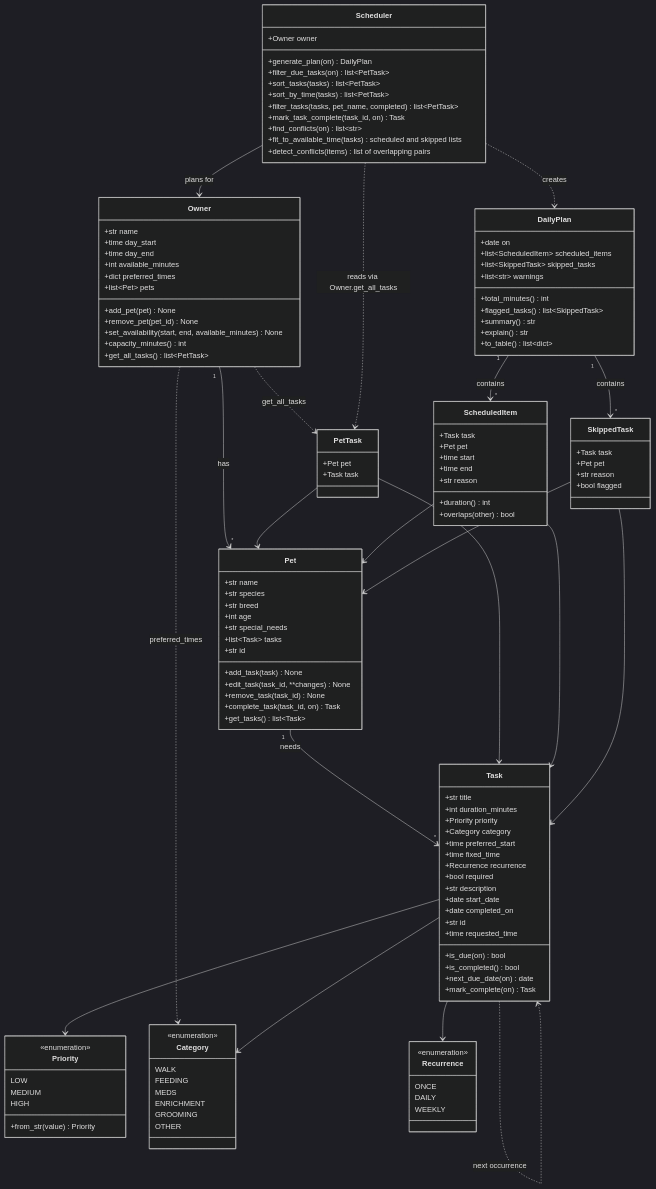
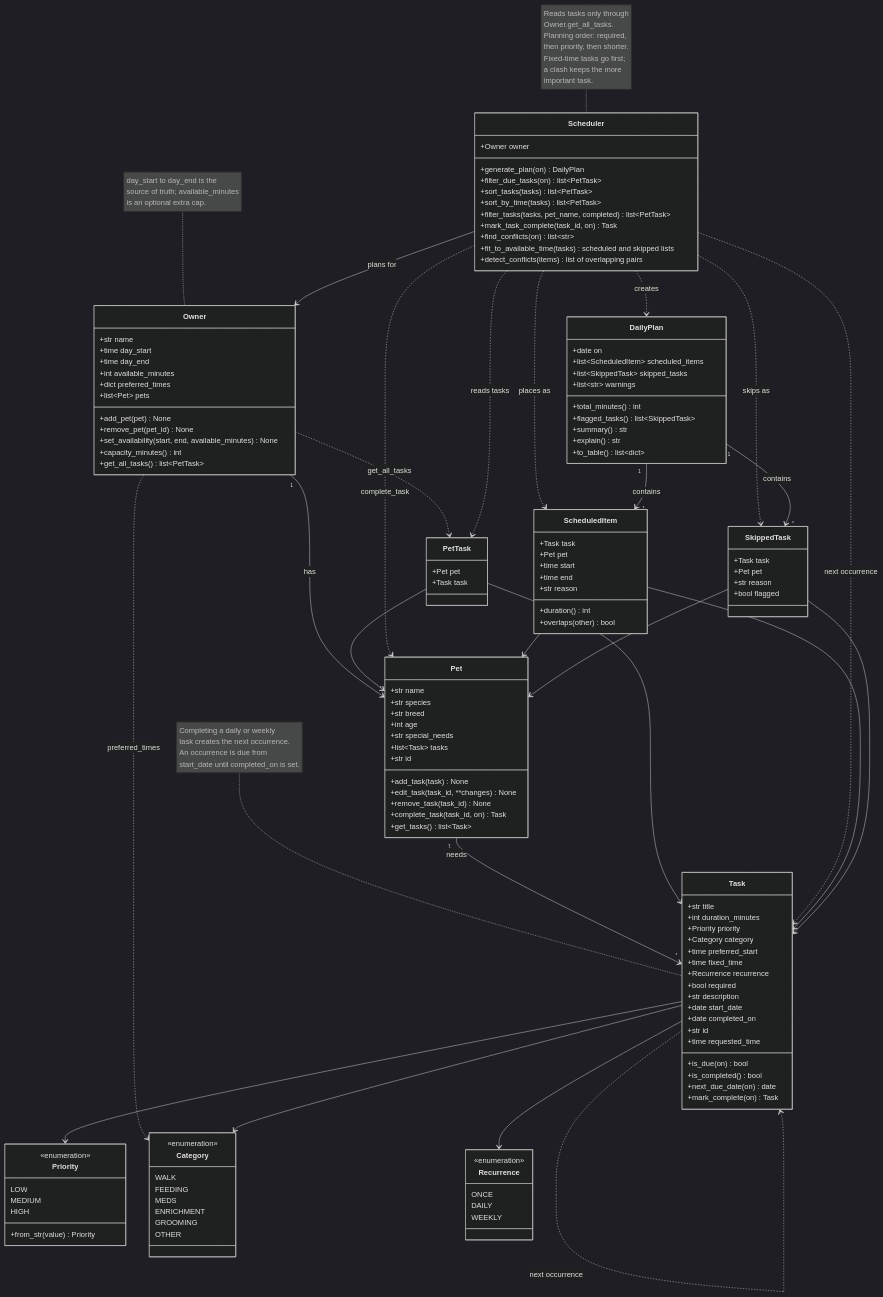
The diagram in diagrams/uml.mmd (LittleNew008/ai110-module2show-pawpal-starter), drawn with Mermaid (dark theme) before and after one commit. The commit also changed 12 other files, not shown here.

```diff
--- a/diagrams/uml.mmd
+++ b/diagrams/uml.mmd
@@ -1,147 +1,159 @@
 classDiagram
+    %% PawPal+ final class diagram. It matches pawpal_system.py as built (tests/test_uml.py checks every
+    %% class, attribute, method and parameter name). Not shown: the module-level helpers to_minutes /
+    %% from_minutes (time arithmetic in whole minutes) and _overlapping_pairs (the sorted sweep both
+    %% conflict checks share). app.py and main.py are clients of these classes.
     class Priority {
         <<enumeration>>
         LOW
         MEDIUM
         HIGH
         +from_str(value) Priority
     }
 
     class Category {
         <<enumeration>>
         WALK
         FEEDING
         MEDS
         ENRICHMENT
         GROOMING
         OTHER
     }
 
     class Recurrence {
         <<enumeration>>
         ONCE
         DAILY
         WEEKLY
     }
 
     %% Owner availability: the day_start-day_end window is the source of truth;
     %% available_minutes is an optional extra cap (scheduler uses the tighter limit).
     class Owner {
         +str name
         +time day_start
         +time day_end
         +int available_minutes
         +dict preferred_times
         +list~Pet~ pets
         +add_pet(pet) None
         +remove_pet(pet_id) None
         +set_availability(start, end, available_minutes) None
         +capacity_minutes() int
         +get_all_tasks() list~PetTask~
     }
 
     class Pet {
         +str name
         +str species
         +str breed
         +int age
         +str special_needs
         +list~Task~ tasks
         +str id
         +add_task(task) None
         +edit_task(task_id, **changes) None
         +remove_task(task_id) None
         +complete_task(task_id, on) Task
         +get_tasks() list~Task~
     }
 
     %% Recurrence creates a new Task when a daily/weekly one is completed (mark_complete returns it);
     %% each occurrence is open from start_date until completed_on is set. requested_time is
     %% a property: fixed_time, else preferred_start, else None.
     class Task {
         +str title
         +int duration_minutes
         +Priority priority
         +Category category
         +time preferred_start
         +time fixed_time
         +Recurrence recurrence
         +bool required
         +str description
         +date start_date
         +date completed_on
         +str id
         +time requested_time
         +is_due(on) bool
         +is_completed() bool
         +next_due_date(on) date
         +mark_complete(on) Task
     }
 
     %% A task does not point back to its pet; PetTask carries the pair.
     class PetTask {
         +Pet pet
         +Task task
     }
 
     class Scheduler {
         +Owner owner
         +generate_plan(on) DailyPlan
         +filter_due_tasks(on) list~PetTask~
         +sort_tasks(tasks) list~PetTask~
         +sort_by_time(tasks) list~PetTask~
         +filter_tasks(tasks, pet_name, completed) list~PetTask~
         +mark_task_complete(task_id, on) Task
         +find_conflicts(on) list~str~
         +fit_to_available_time(tasks) scheduled and skipped lists
         +detect_conflicts(items) list of overlapping pairs
     }
 
     class DailyPlan {
         +date on
         +list~ScheduledItem~ scheduled_items
         +list~SkippedTask~ skipped_tasks
         +list~str~ warnings
         +total_minutes() int
         +flagged_tasks() list~SkippedTask~
         +summary() str
         +explain() str
         +to_table() list~dict~
     }
 
     class ScheduledItem {
         +Task task
         +Pet pet
         +time start
         +time end
         +str reason
         +duration() int
         +overlaps(other) bool
     }
 
     class SkippedTask {
         +Task task
         +Pet pet
         +str reason
         +bool flagged
     }
 
     Owner "1" --> "*" Pet : has
     Owner ..> Category : preferred_times
     Owner ..> PetTask : get_all_tasks
     Pet "1" --> "*" Task : needs
     Task --> Priority
     Task --> Category
     Task --> Recurrence
     Task ..> Task : next occurrence
     PetTask --> Pet
     PetTask --> Task
     Scheduler --> Owner : plans for
-    Scheduler ..> PetTask : reads via Owner.get_all_tasks
+    Scheduler ..> PetTask : reads tasks
     Scheduler ..> DailyPlan : creates
+    Scheduler ..> ScheduledItem : places as
+    Scheduler ..> SkippedTask : skips as
+    Scheduler ..> Pet : complete_task
+    Scheduler ..> Task : next occurrence
     DailyPlan "1" --> "*" ScheduledItem : contains
     DailyPlan "1" --> "*" SkippedTask : contains
     ScheduledItem --> Task
     ScheduledItem --> Pet
     SkippedTask --> Task
     SkippedTask --> Pet
+
+    note for Scheduler "Reads tasks only through<br/>Owner.get_all_tasks.<br/>Planning order: required,<br/>then priority, then shorter.<br/>Fixed-time tasks go first;<br/>a clash keeps the more<br/>important task."
+    note for Task "Completing a daily or weekly<br/>task creates the next occurrence.<br/>An occurrence is due from<br/>start_date until completed_on is set."
+    note for Owner "day_start to day_end is the<br/>source of truth; available_minutes<br/>is an optional extra cap."
```
